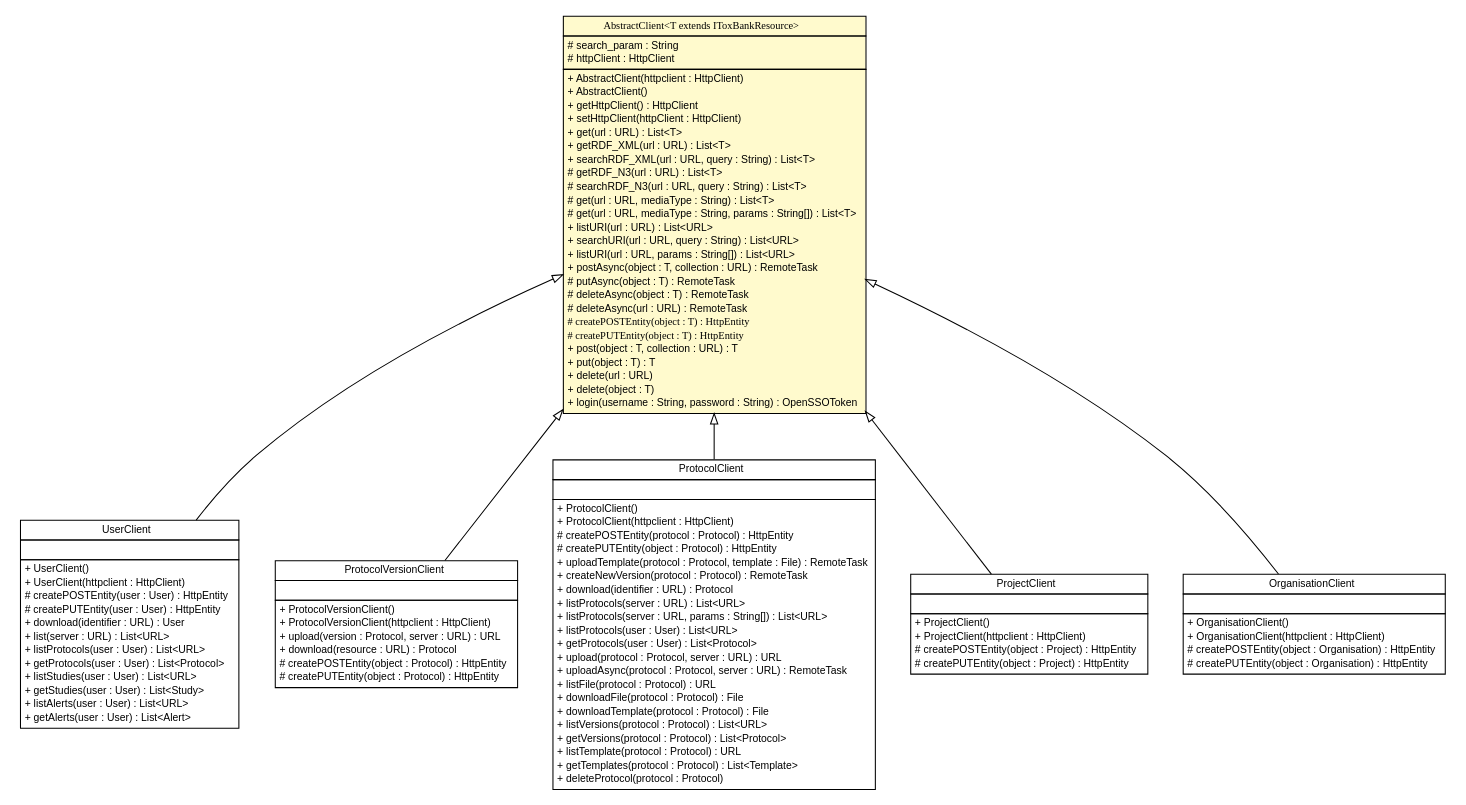
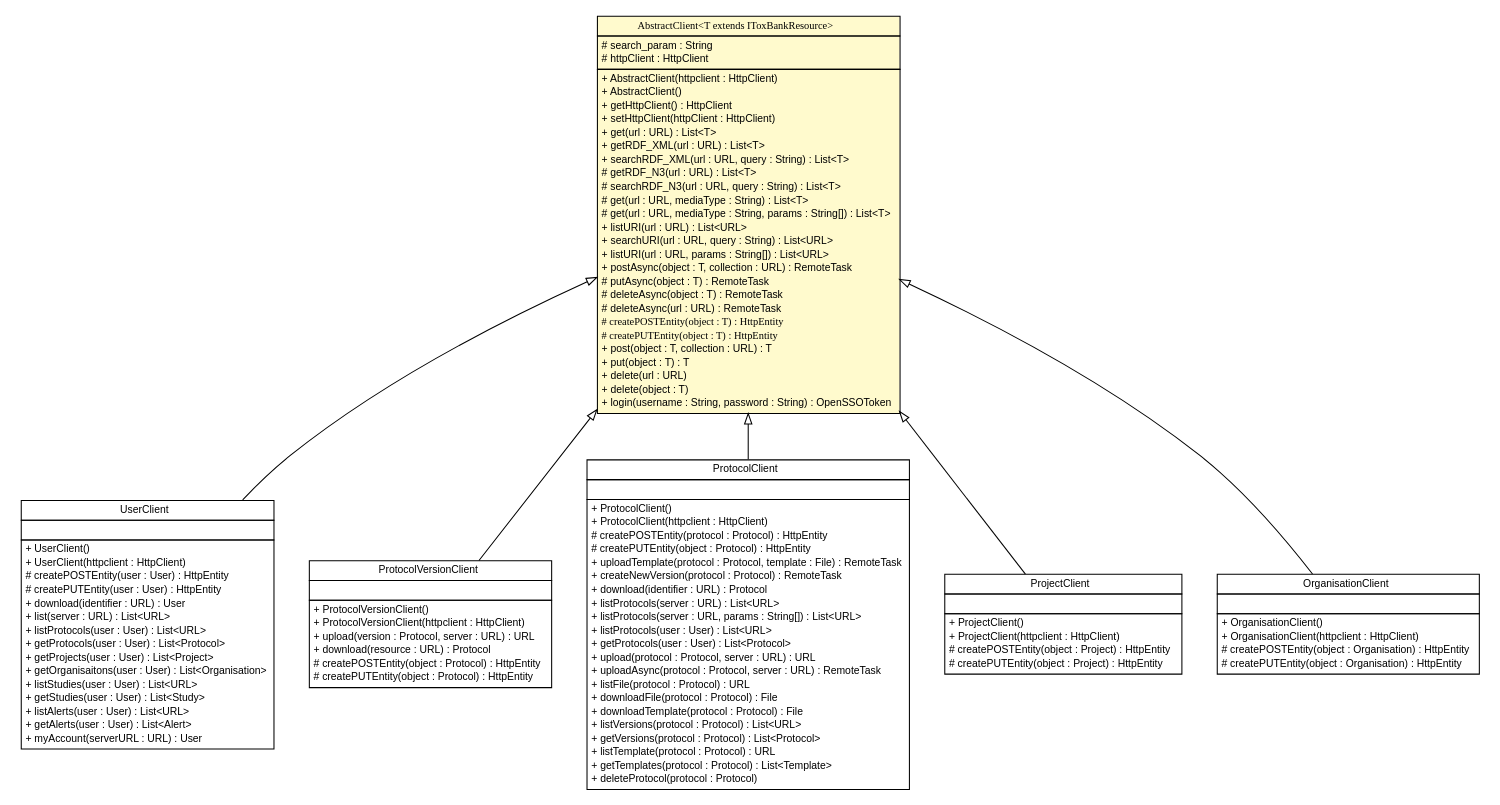
One commit to ToxBank/toxbank-api-client changed the diagram in apidocs/net/toxbank/client/resource/AbstractClient.dot. Above: the diagram before and after it, drawn with Graphviz. The commit also changed 151 other files, not shown here.

```diff
--- a/apidocs/net/toxbank/client/resource/AbstractClient.dot
+++ b/apidocs/net/toxbank/client/resource/AbstractClient.dot
@@ -1,159 +1,162 @@
 #!/usr/local/bin/dot
 #
 # Class diagram 
 # Generated by UmlGraph version 4.6 (http://www.spinellis.gr/sw/umlgraph)
 #
 
 digraph G {
 	edge [fontname="arial",fontsize=10,labelfontname="arial",labelfontsize=10];
 	node [fontname="arial",fontsize=10,shape=plaintext];
 	// net.toxbank.client.resource.UserClient
 	c446 [label=<<table border="0" cellborder="1" cellspacing="0" cellpadding="2" port="p" href="./UserClient.html">
 		<tr><td><table border="0" cellspacing="0" cellpadding="1">
 			<tr><td> UserClient </td></tr>
 		</table></td></tr>
 		<tr><td><table border="0" cellspacing="0" cellpadding="1">
 			<tr><td align="left">  </td></tr>
 		</table></td></tr>
 		<tr><td><table border="0" cellspacing="0" cellpadding="1">
 			<tr><td align="left"> + UserClient() </td></tr>
 			<tr><td align="left"> + UserClient(httpclient : HttpClient) </td></tr>
 			<tr><td align="left"> # createPOSTEntity(user : User) : HttpEntity </td></tr>
 			<tr><td align="left"> # createPUTEntity(user : User) : HttpEntity </td></tr>
 			<tr><td align="left"> + download(identifier : URL) : User </td></tr>
 			<tr><td align="left"> + list(server : URL) : List&lt;URL&gt; </td></tr>
 			<tr><td align="left"> + listProtocols(user : User) : List&lt;URL&gt; </td></tr>
 			<tr><td align="left"> + getProtocols(user : User) : List&lt;Protocol&gt; </td></tr>
+			<tr><td align="left"> + getProjects(user : User) : List&lt;Project&gt; </td></tr>
+			<tr><td align="left"> + getOrganisaitons(user : User) : List&lt;Organisation&gt; </td></tr>
 			<tr><td align="left"> + listStudies(user : User) : List&lt;URL&gt; </td></tr>
 			<tr><td align="left"> + getStudies(user : User) : List&lt;Study&gt; </td></tr>
 			<tr><td align="left"> + listAlerts(user : User) : List&lt;URL&gt; </td></tr>
 			<tr><td align="left"> + getAlerts(user : User) : List&lt;Alert&gt; </td></tr>
+			<tr><td align="left"> + myAccount(serverURL : URL) : User </td></tr>
 		</table></td></tr>
 		</table>>, fontname="arial", fontcolor="black", fontsize=10.0];
 	// net.toxbank.client.resource.ProtocolVersionClient
 	c450 [label=<<table border="0" cellborder="1" cellspacing="0" cellpadding="2" port="p" href="./ProtocolVersionClient.html">
 		<tr><td><table border="0" cellspacing="0" cellpadding="1">
 			<tr><td> ProtocolVersionClient </td></tr>
 		</table></td></tr>
 		<tr><td><table border="0" cellspacing="0" cellpadding="1">
 			<tr><td align="left">  </td></tr>
 		</table></td></tr>
 		<tr><td><table border="0" cellspacing="0" cellpadding="1">
 			<tr><td align="left"> + ProtocolVersionClient() </td></tr>
 			<tr><td align="left"> + ProtocolVersionClient(httpclient : HttpClient) </td></tr>
 			<tr><td align="left"> + upload(version : Protocol, server : URL) : URL </td></tr>
 			<tr><td align="left"> + download(resource : URL) : Protocol </td></tr>
 			<tr><td align="left"> # createPOSTEntity(object : Protocol) : HttpEntity </td></tr>
 			<tr><td align="left"> # createPUTEntity(object : Protocol) : HttpEntity </td></tr>
 		</table></td></tr>
 		</table>>, fontname="arial", fontcolor="black", fontsize=10.0];
 	// net.toxbank.client.resource.ProtocolClient
 	c451 [label=<<table border="0" cellborder="1" cellspacing="0" cellpadding="2" port="p" href="./ProtocolClient.html">
 		<tr><td><table border="0" cellspacing="0" cellpadding="1">
 			<tr><td> ProtocolClient </td></tr>
 		</table></td></tr>
 		<tr><td><table border="0" cellspacing="0" cellpadding="1">
 			<tr><td align="left">  </td></tr>
 		</table></td></tr>
 		<tr><td><table border="0" cellspacing="0" cellpadding="1">
 			<tr><td align="left"> + ProtocolClient() </td></tr>
 			<tr><td align="left"> + ProtocolClient(httpclient : HttpClient) </td></tr>
 			<tr><td align="left"> # createPOSTEntity(protocol : Protocol) : HttpEntity </td></tr>
 			<tr><td align="left"> # createPUTEntity(object : Protocol) : HttpEntity </td></tr>
 			<tr><td align="left"> + uploadTemplate(protocol : Protocol, template : File) : RemoteTask </td></tr>
 			<tr><td align="left"> + createNewVersion(protocol : Protocol) : RemoteTask </td></tr>
 			<tr><td align="left"> + download(identifier : URL) : Protocol </td></tr>
 			<tr><td align="left"> + listProtocols(server : URL) : List&lt;URL&gt; </td></tr>
 			<tr><td align="left"> + listProtocols(server : URL, params : String[]) : List&lt;URL&gt; </td></tr>
 			<tr><td align="left"> + listProtocols(user : User) : List&lt;URL&gt; </td></tr>
 			<tr><td align="left"> + getProtocols(user : User) : List&lt;Protocol&gt; </td></tr>
 			<tr><td align="left"> + upload(protocol : Protocol, server : URL) : URL </td></tr>
 			<tr><td align="left"> + uploadAsync(protocol : Protocol, server : URL) : RemoteTask </td></tr>
 			<tr><td align="left"> + listFile(protocol : Protocol) : URL </td></tr>
 			<tr><td align="left"> + downloadFile(protocol : Protocol) : File </td></tr>
 			<tr><td align="left"> + downloadTemplate(protocol : Protocol) : File </td></tr>
 			<tr><td align="left"> + listVersions(protocol : Protocol) : List&lt;URL&gt; </td></tr>
 			<tr><td align="left"> + getVersions(protocol : Protocol) : List&lt;Protocol&gt; </td></tr>
 			<tr><td align="left"> + listTemplate(protocol : Protocol) : URL </td></tr>
 			<tr><td align="left"> + getTemplates(protocol : Protocol) : List&lt;Template&gt; </td></tr>
 			<tr><td align="left"> + deleteProtocol(protocol : Protocol) </td></tr>
 		</table></td></tr>
 		</table>>, fontname="arial", fontcolor="black", fontsize=10.0];
 	// net.toxbank.client.resource.ProjectClient
 	c453 [label=<<table border="0" cellborder="1" cellspacing="0" cellpadding="2" port="p" href="./ProjectClient.html">
 		<tr><td><table border="0" cellspacing="0" cellpadding="1">
 			<tr><td> ProjectClient </td></tr>
 		</table></td></tr>
 		<tr><td><table border="0" cellspacing="0" cellpadding="1">
 			<tr><td align="left">  </td></tr>
 		</table></td></tr>
 		<tr><td><table border="0" cellspacing="0" cellpadding="1">
 			<tr><td align="left"> + ProjectClient() </td></tr>
 			<tr><td align="left"> + ProjectClient(httpclient : HttpClient) </td></tr>
 			<tr><td align="left"> # createPOSTEntity(object : Project) : HttpEntity </td></tr>
 			<tr><td align="left"> # createPUTEntity(object : Project) : HttpEntity </td></tr>
 		</table></td></tr>
 		</table>>, fontname="arial", fontcolor="black", fontsize=10.0];
 	// net.toxbank.client.resource.OrganisationClient
 	c455 [label=<<table border="0" cellborder="1" cellspacing="0" cellpadding="2" port="p" href="./OrganisationClient.html">
 		<tr><td><table border="0" cellspacing="0" cellpadding="1">
 			<tr><td> OrganisationClient </td></tr>
 		</table></td></tr>
 		<tr><td><table border="0" cellspacing="0" cellpadding="1">
 			<tr><td align="left">  </td></tr>
 		</table></td></tr>
 		<tr><td><table border="0" cellspacing="0" cellpadding="1">
 			<tr><td align="left"> + OrganisationClient() </td></tr>
 			<tr><td align="left"> + OrganisationClient(httpclient : HttpClient) </td></tr>
 			<tr><td align="left"> # createPOSTEntity(object : Organisation) : HttpEntity </td></tr>
 			<tr><td align="left"> # createPUTEntity(object : Organisation) : HttpEntity </td></tr>
 		</table></td></tr>
 		</table>>, fontname="arial", fontcolor="black", fontsize=10.0];
 	// net.toxbank.client.resource.AbstractClient<T extends net.toxbank.client.resource.IToxBankResource>
 	c461 [label=<<table border="0" cellborder="1" cellspacing="0" cellpadding="2" port="p" bgcolor="lemonChiffon" href="./AbstractClient.html">
 		<tr><td><table border="0" cellspacing="0" cellpadding="1">
 			<tr><td><font face="ariali"> AbstractClient&lt;T extends IToxBankResource&gt; </font></td></tr>
 		</table></td></tr>
 		<tr><td><table border="0" cellspacing="0" cellpadding="1">
 			<tr><td align="left"> # search_param : String </td></tr>
 			<tr><td align="left"> # httpClient : HttpClient </td></tr>
 		</table></td></tr>
 		<tr><td><table border="0" cellspacing="0" cellpadding="1">
 			<tr><td align="left"> + AbstractClient(httpclient : HttpClient) </td></tr>
 			<tr><td align="left"> + AbstractClient() </td></tr>
 			<tr><td align="left"> + getHttpClient() : HttpClient </td></tr>
 			<tr><td align="left"> + setHttpClient(httpClient : HttpClient) </td></tr>
 			<tr><td align="left"> + get(url : URL) : List&lt;T&gt; </td></tr>
 			<tr><td align="left"> + getRDF_XML(url : URL) : List&lt;T&gt; </td></tr>
 			<tr><td align="left"> + searchRDF_XML(url : URL, query : String) : List&lt;T&gt; </td></tr>
 			<tr><td align="left"> # getRDF_N3(url : URL) : List&lt;T&gt; </td></tr>
 			<tr><td align="left"> # searchRDF_N3(url : URL, query : String) : List&lt;T&gt; </td></tr>
 			<tr><td align="left"> # get(url : URL, mediaType : String) : List&lt;T&gt; </td></tr>
 			<tr><td align="left"> # get(url : URL, mediaType : String, params : String[]) : List&lt;T&gt; </td></tr>
 			<tr><td align="left"> + listURI(url : URL) : List&lt;URL&gt; </td></tr>
 			<tr><td align="left"> + searchURI(url : URL, query : String) : List&lt;URL&gt; </td></tr>
 			<tr><td align="left"> + listURI(url : URL, params : String[]) : List&lt;URL&gt; </td></tr>
 			<tr><td align="left"> + postAsync(object : T, collection : URL) : RemoteTask </td></tr>
 			<tr><td align="left"> # putAsync(object : T) : RemoteTask </td></tr>
 			<tr><td align="left"> # deleteAsync(object : T) : RemoteTask </td></tr>
 			<tr><td align="left"> # deleteAsync(url : URL) : RemoteTask </td></tr>
 			<tr><td align="left"><font face="ariali" point-size="10.0"> # createPOSTEntity(object : T) : HttpEntity </font></td></tr>
 			<tr><td align="left"><font face="ariali" point-size="10.0"> # createPUTEntity(object : T) : HttpEntity </font></td></tr>
 			<tr><td align="left"> + post(object : T, collection : URL) : T </td></tr>
 			<tr><td align="left"> + put(object : T) : T </td></tr>
 			<tr><td align="left"> + delete(url : URL) </td></tr>
 			<tr><td align="left"> + delete(object : T) </td></tr>
 			<tr><td align="left"> + login(username : String, password : String) : OpenSSOToken </td></tr>
 		</table></td></tr>
 		</table>>, fontname="arial", fontcolor="black", fontsize=10.0];
 	//net.toxbank.client.resource.UserClient extends net.toxbank.client.resource.AbstractClient<net.toxbank.client.resource.User>
 	c461:p -> c446:p [dir=back,arrowtail=empty];
 	//net.toxbank.client.resource.ProtocolVersionClient extends net.toxbank.client.resource.AbstractClient<net.toxbank.client.resource.Protocol>
 	c461:p -> c450:p [dir=back,arrowtail=empty];
 	//net.toxbank.client.resource.ProtocolClient extends net.toxbank.client.resource.AbstractClient<net.toxbank.client.resource.Protocol>
 	c461:p -> c451:p [dir=back,arrowtail=empty];
 	//net.toxbank.client.resource.ProjectClient extends net.toxbank.client.resource.AbstractClient<net.toxbank.client.resource.Project>
 	c461:p -> c453:p [dir=back,arrowtail=empty];
 	//net.toxbank.client.resource.OrganisationClient extends net.toxbank.client.resource.AbstractClient<net.toxbank.client.resource.Organisation>
 	c461:p -> c455:p [dir=back,arrowtail=empty];
 }
```
